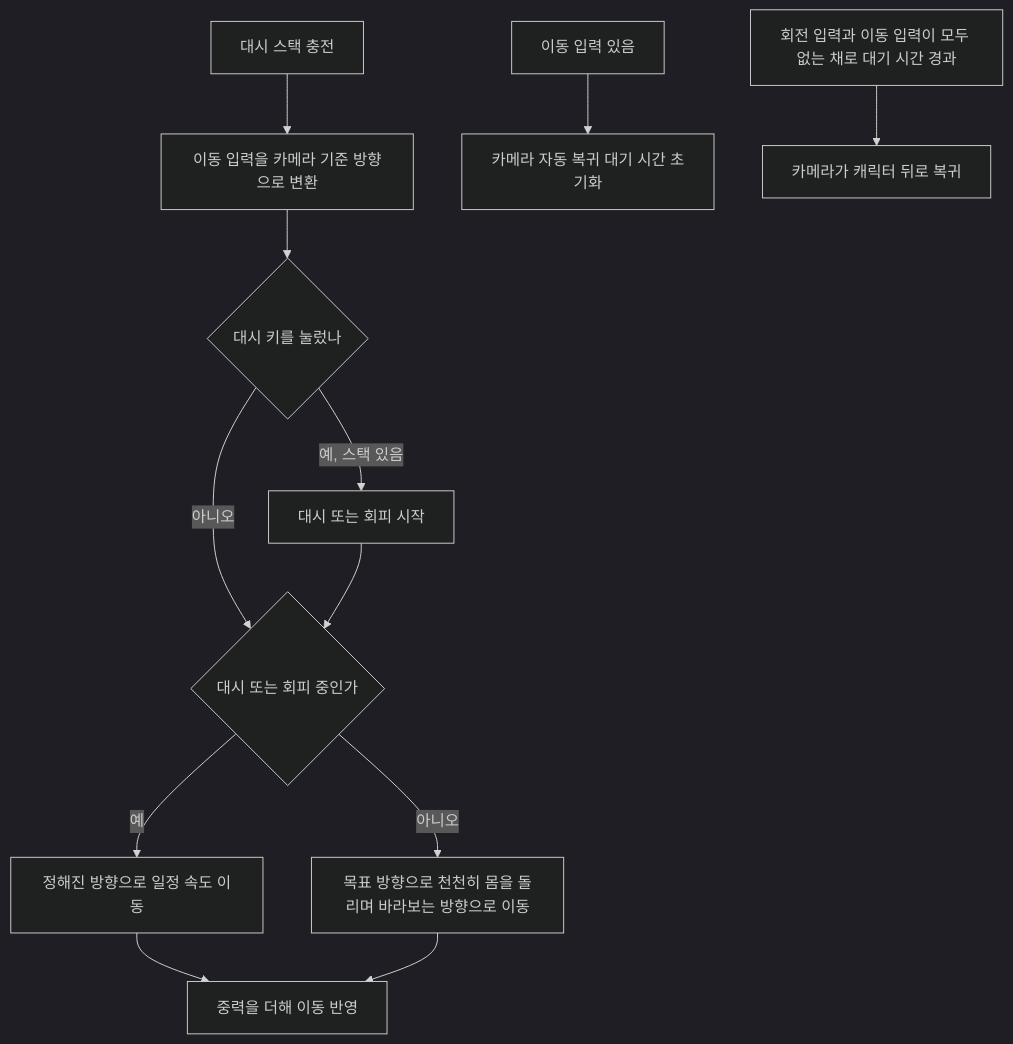
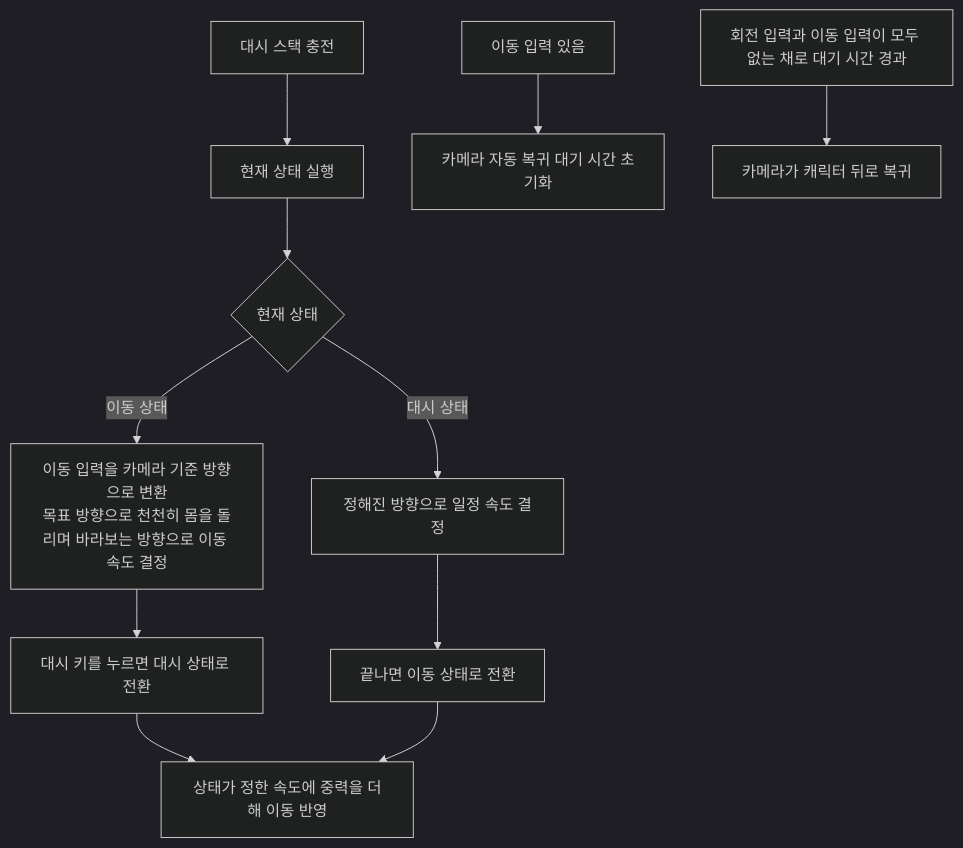
Before and after one commit to SquashPrince/Develrocket_mp15_HHH: the second of 3 diagrams in Docs/Technical/Player/PlayerMovement.md, drawn with Mermaid (dark theme). The commit also changed other lines of this file and 3 other files, not shown here.

````diff
--- a/Docs/Technical/Player/PlayerMovement.md
+++ b/Docs/Technical/Player/PlayerMovement.md
@@ -48,15 +52,14 @@
 ```mermaid
 flowchart TD
-    A["대시 스택 충전"] --> B["이동 입력을 카메라 기준 방향으로 변환"]
-    B --> C{"대시 키를 눌렀나"}
-    C -->|"예, 스택 있음"| D["대시 또는 회피 시작"]
-    C -->|"아니오"| E{"대시 또는 회피 중인가"}
-    D --> E
-    E -->|"예"| F["정해진 방향으로 일정 속도 이동"]
-    E -->|"아니오"| G["목표 방향으로 천천히 몸을 돌리며 바라보는 방향으로 이동"]
-    F --> H["중력을 더해 이동 반영"]
+    A["대시 스택 충전"] --> B["현재 상태 실행"]
+    B --> C{"현재 상태"}
+    C -->|"이동 상태"| D["이동 입력을 카메라 기준 방향으로 변환<br>목표 방향으로 천천히 몸을 돌리며 바라보는 방향으로 이동 속도 결정"]
+    C -->|"대시 상태"| E["정해진 방향으로 일정 속도 결정"]
+    D --> F["대시 키를 누르면 대시 상태로 전환"]
+    E --> G["끝나면 이동 상태로 전환"]
+    F --> H["상태가 정한 속도에 중력을 더해 이동 반영"]
     G --> H
 
     M["이동 입력 있음"] --> N["카메라 자동 복귀 대기 시간 초기화"]
     O["회전 입력과 이동 입력이 모두 없는 채로 대기 시간 경과"] --> P["카메라가 캐릭터 뒤로 복귀"]
 ```
````
